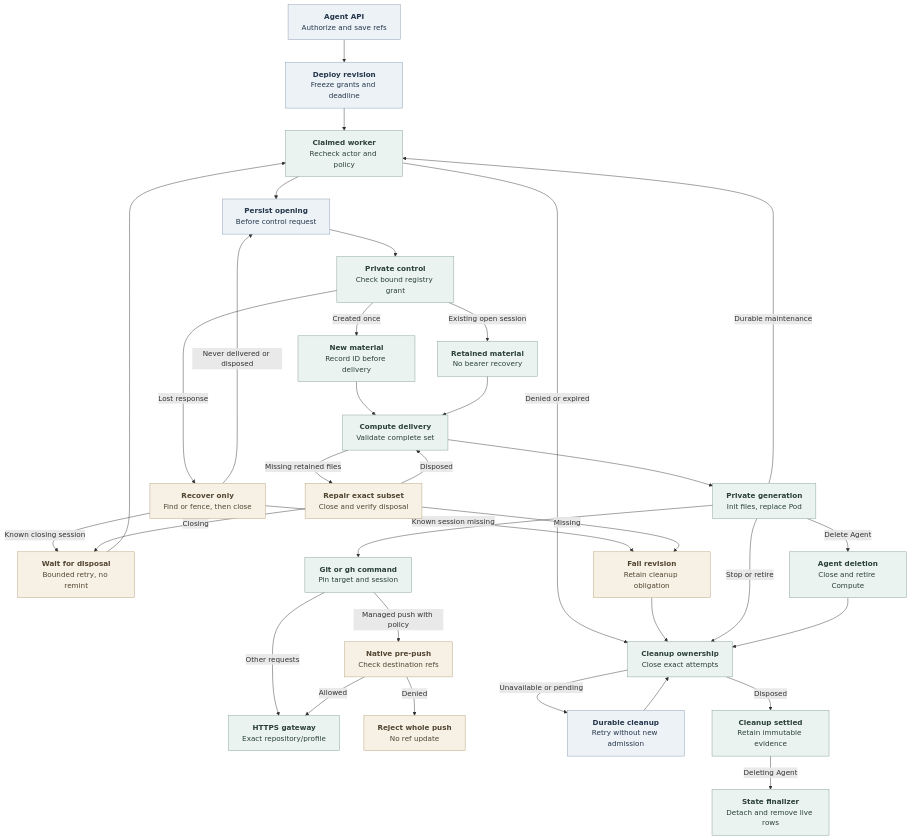
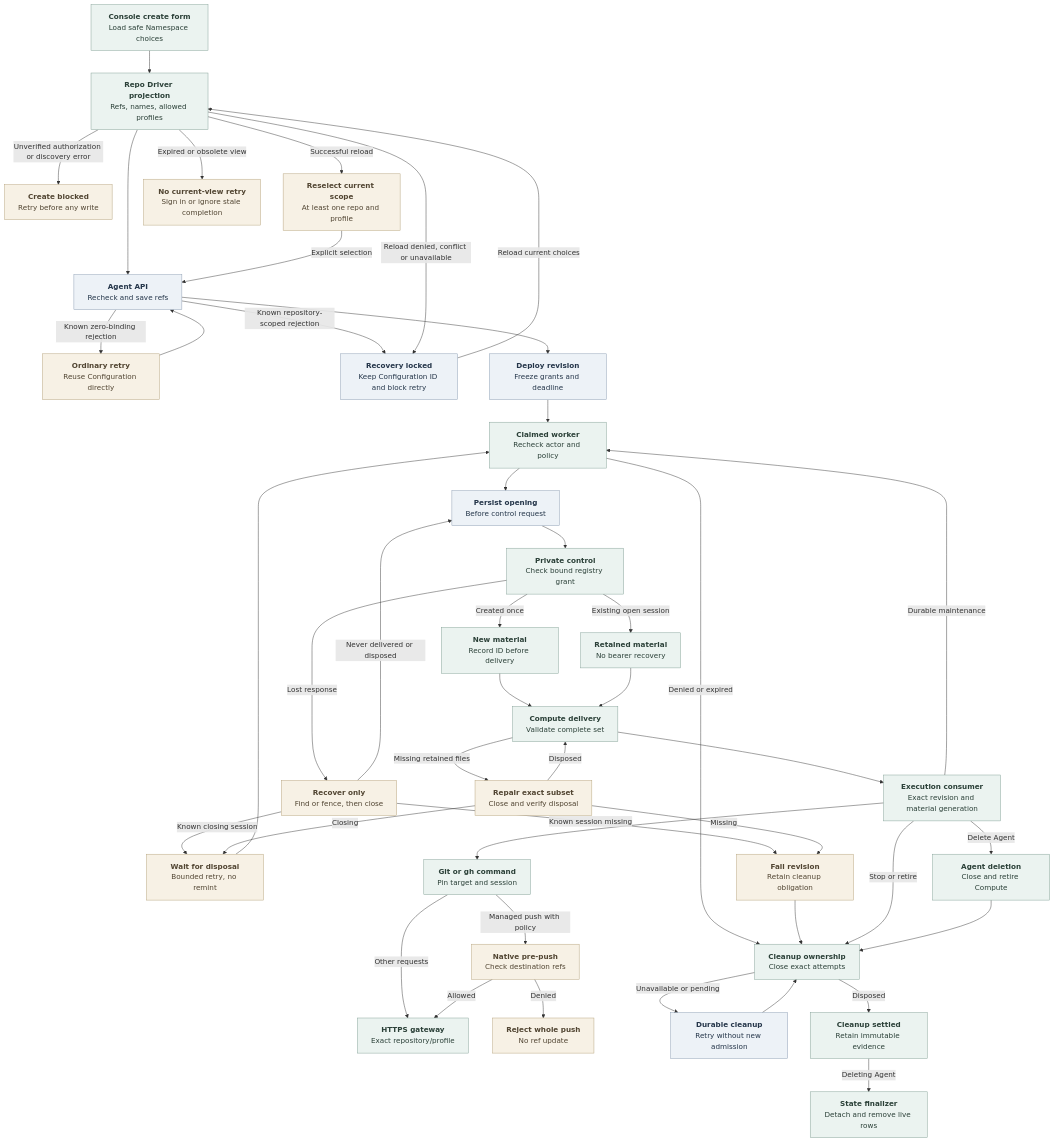
One commit to IsaiahStapleton/openclaw-enterprise changed the diagram in docs/flows/agent-repository-credentials.md. Above: the diagram before and after it, drawn with Mermaid. The commit also changed other lines of this file and 75 other files, not shown here.

Commit message:
feat(console): launch repository-scoped Dedicated Agents

````diff
--- a/docs/flows/agent-repository-credentials.md
+++ b/docs/flows/agent-repository-credentials.md
@@ -40,43 +33,54 @@
 ```mermaid
 graph TD
-  API["<b>Agent API</b><br/>Authorize and save refs"] --> Revision["<b>Deploy revision</b><br/>Freeze grants and deadline"]
+  Console["<b>Console create form</b><br/>Load safe Namespace choices"] --> Options["<b>Repo Driver projection</b><br/>Refs, names, allowed profiles"]
+  Options --> API["<b>Agent API</b><br/>Recheck and save refs"]
+  Options -->|Unverified authorization or discovery error| CreateBlocked["<b>Create blocked</b><br/>Retry before any write"]
+  API -->|Known zero-binding rejection| OrdinaryRetry["<b>Ordinary retry</b><br/>Reuse Configuration directly"]
+  OrdinaryRetry --> API
+  API -->|Known repository-scoped rejection| FormLocked["<b>Recovery locked</b><br/>Keep Configuration ID and block retry"]
+  FormLocked -->|Reload current choices| Options
+  Options -->|Successful reload| Reselect["<b>Reselect current scope</b><br/>At least one repo and profile"]
+  Reselect -->|Explicit selection| API
+  Options -->|Reload denied, conflict or unavailable| FormLocked
+  Options -->|Expired or obsolete view| ViewStop["<b>No current-view retry</b><br/>Sign in or ignore stale completion"]
+  API --> Revision["<b>Deploy revision</b><br/>Freeze grants and deadline"]
   Revision --> Worker["<b>Claimed worker</b><br/>Recheck actor and policy"]
   Worker -->|Denied or expired| Close["<b>Cleanup ownership</b><br/>Close exact attempts"]
   Worker --> Attempt["<b>Persist opening</b><br/>Before control request"]
   Attempt --> Service["<b>Private control</b><br/>Check bound registry grant"]
   Service -->|Created once| New["<b>New material</b><br/>Record ID before delivery"]
   Service -->|Existing open session| Retained["<b>Retained material</b><br/>No bearer recovery"]
   Service -->|Lost response| Recover["<b>Recover only</b><br/>Find or fence, then close"]
   Recover -->|Never delivered or disposed| Attempt
   Recover -->|Known closing session| Wait["<b>Wait for disposal</b><br/>Bounded retry, no remint"]
   Wait --> Worker
   Recover -->|Known session missing| Refuse["<b>Fail revision</b><br/>Retain cleanup obligation"]
   New --> Compute["<b>Compute delivery</b><br/>Validate complete set"]
   Retained --> Compute
   Compute -->|Missing retained files| Repair["<b>Repair exact subset</b><br/>Close and verify disposal"]
   Repair -->|Disposed| Compute
   Repair -->|Closing| Wait
   Repair -->|Missing| Refuse
   Refuse --> Close
-  Compute --> Pod["<b>Private generation</b><br/>Init files, replace Pod"]
+  Compute --> Pod["<b>Execution consumer</b><br/>Exact revision and material generation"]
   Pod --> Command["<b>Git or gh command</b><br/>Pin target and session"]
   Command -->|Other requests| Gateway["<b>HTTPS gateway</b><br/>Exact repository/profile"]
   Command -->|Managed push with policy| PushRefs["<b>Native pre-push</b><br/>Check destination refs"]
   PushRefs -->|Allowed| Gateway
   PushRefs -->|Denied| PushDenied["<b>Reject whole push</b><br/>No ref update"]
   Pod -->|Durable maintenance| Worker
   Pod -->|Stop or retire| Close
   Close -->|Unavailable or pending| Queue["<b>Durable cleanup</b><br/>Retry without new admission"]
   Queue --> Close
   Close -->|Disposed| Done["<b>Cleanup settled</b><br/>Retain immutable evidence"]
   Pod -->|Delete Agent| Delete["<b>Agent deletion</b><br/>Close and retire Compute"]
   Delete --> Close
   Done -->|Deleting Agent| Finalize["<b>State finalizer</b><br/>Detach and remove live rows"]
 
   classDef state fill:#EDF2F7,stroke:#879AB0,color:#25364A,stroke-width:1px
   classDef operation fill:#EBF3F0,stroke:#7F9D93,color:#2B4038,stroke-width:1px
   classDef condition fill:#F7F1E5,stroke:#B3A078,color:#514532,stroke-width:1px
-  class API,Revision,Attempt,Queue state
-  class Worker,Service,New,Retained,Compute,Pod,Command,Gateway,Close,Done,Delete,Finalize operation
-  class Recover,Repair,Refuse,Wait,PushRefs,PushDenied condition
+  class API,Revision,Attempt,Queue,FormLocked state
+  class Console,Options,Worker,Service,New,Retained,Compute,Pod,Command,Gateway,Close,Done,Delete,Finalize operation
+  class Recover,Repair,Refuse,Wait,ViewStop,CreateBlocked,OrdinaryRetry,Reselect,PushRefs,PushDenied condition
 ```
````
